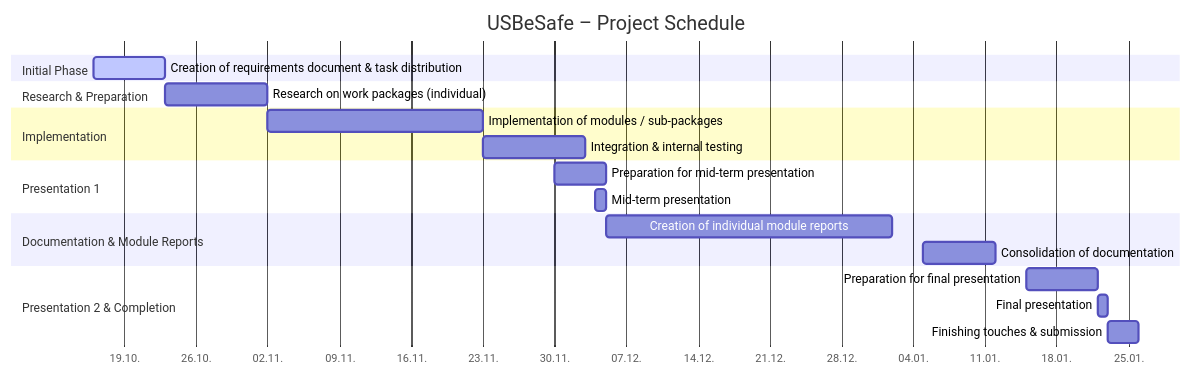
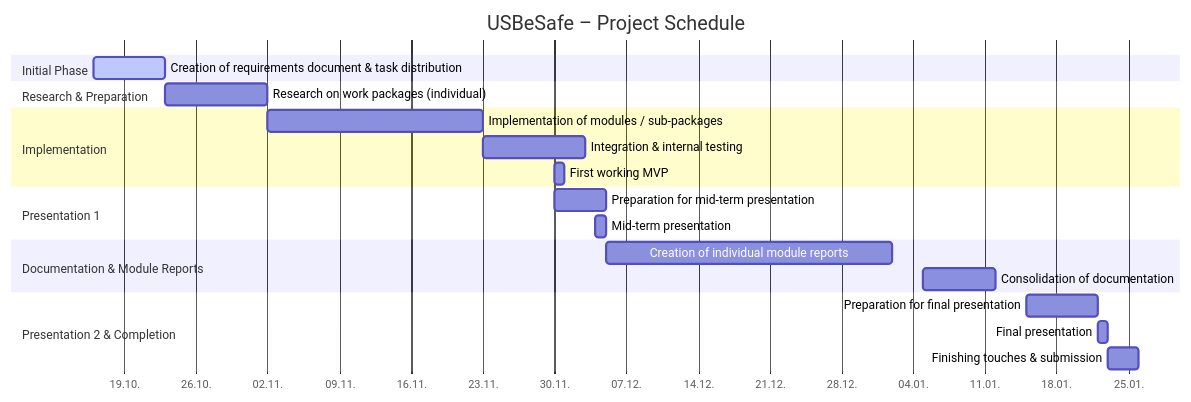
Before and after one commit to Katric/USBeSafe: the diagram in docs/Journal.md, drawn with Mermaid. The commit also changed 1 other file, not shown here.

Commit message:
update specs and journal

````diff
--- a/docs/Journal.md
+++ b/docs/Journal.md
@@ -13,29 +13,30 @@
 ```mermaid
 gantt
     title USBeSafe – Project Schedule
     dateFormat  YYYY-MM-DD
     axisFormat  %d.%m.
 
     section Initial Phase
     Creation of requirements document & task distribution   :active, 2025-10-16, 7d
 
     section Research & Preparation
     Research on work packages (individual)                  :2025-10-23, 10d
 
     section Implementation
     Implementation of modules / sub-packages                :2025-11-02, 21d
     Integration & internal testing                          :2025-11-23, 10d
+    First working MVP                                       :milestone1, 2025-11-30, 1d
 
     section Presentation 1
     Preparation for mid-term presentation                   :2025-11-30, 5d
-    Mid-term presentation                                   :milestone1, 2025-12-04, 1d
+    Mid-term presentation                                   :milestone2, 2025-12-04, 1d
 
     section Documentation & Module Reports
     Creation of individual module reports                   :2025-12-05, 28d
     Consolidation of documentation                          :2026-01-05, 7d
 
     section Presentation 2 & Completion
     Preparation for final presentation                      :2026-01-15, 7d
-    Final presentation                                      :milestone2, 2026-01-22, 1d
+    Final presentation                                      :milestone3, 2026-01-22, 1d
     Finishing touches & submission                          :2026-01-23, 3d
 ```
````
